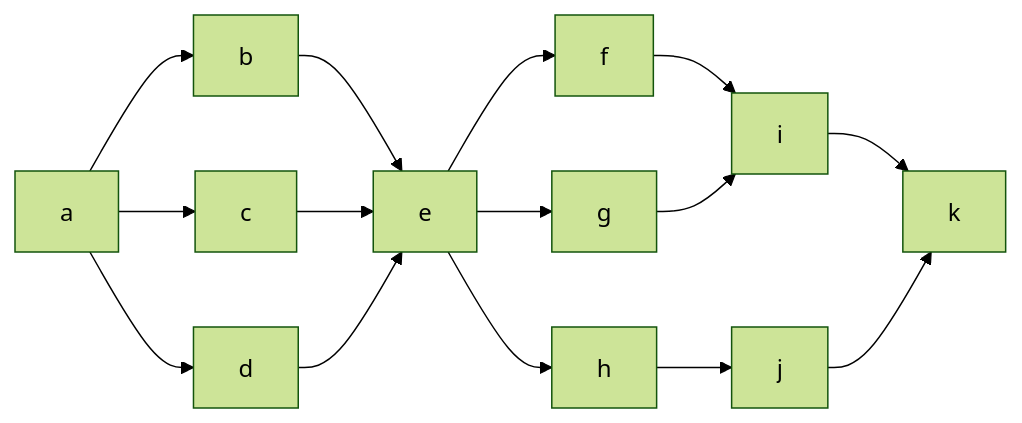
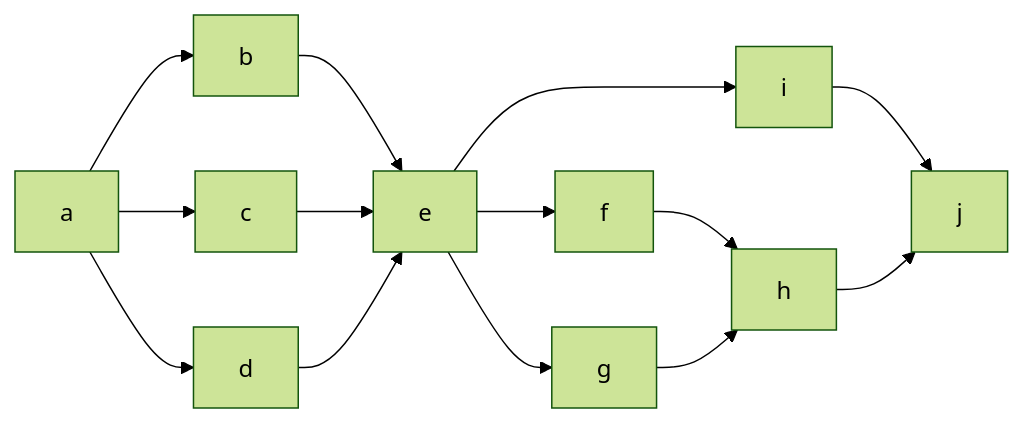
Before and after one commit to hotoku/fosi: the diagram in samples/sample.md, drawn with Mermaid (forest theme). The commit also changed other lines of this file and 3 other files, not shown here.

````diff
--- a/samples/sample.md
+++ b/samples/sample.md
@@ -9,10 +9,8 @@
 ```mermaid
 graph LR
-a --> b --> e
-a --> c --> e
-a --> d --> e
-e --> f & g & h
-f & g --> i
-h --> j
-i & j --> k
+a --> b & c & d
+b & c & d --> e
+e --> f & g --> h
+e --> i
+i & h --> j
 ```
````
